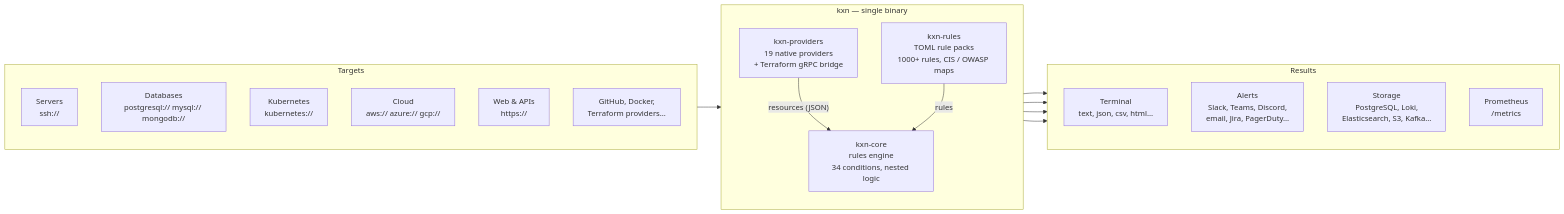
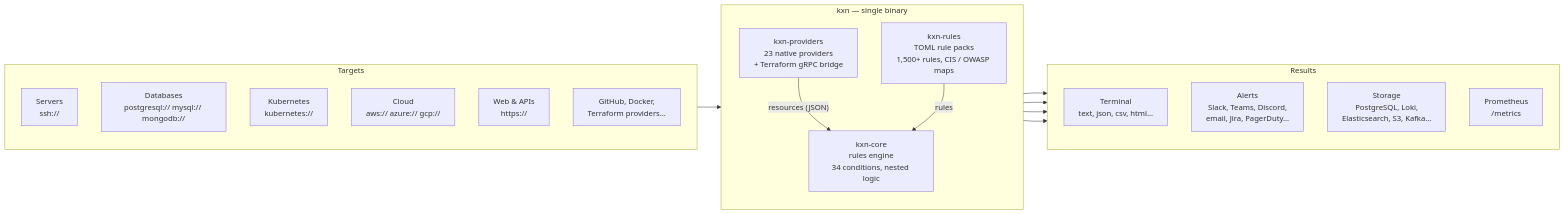
One commit to kexa-io/kxn changed the first of 2 diagrams in docs/architecture.md. Above: the diagram before and after it, drawn with Mermaid. The commit also changed 19 other files, not shown here.

````diff
--- a/docs/architecture.md
+++ b/docs/architecture.md
@@ -8,35 +8,35 @@
 ```mermaid
 flowchart LR
     subgraph targets["Targets"]
         direction TB
         T1["Servers<br/>ssh://"]
         T2["Databases<br/>postgresql:// mysql:// mongodb://"]
         T3["Kubernetes<br/>kubernetes://"]
         T4["Cloud<br/>aws:// azure:// gcp://"]
         T5["Web & APIs<br/>https://"]
         T6["GitHub, Docker,<br/>Terraform providers…"]
     end
 
     subgraph kxn["kxn — single binary"]
         direction TB
-        P["kxn-providers<br/>19 native providers<br/>+ Terraform gRPC bridge"]
-        R["kxn-rules<br/>TOML rule packs<br/>1000+ rules, CIS / OWASP maps"]
+        P["kxn-providers<br/>23 native providers<br/>+ Terraform gRPC bridge"]
+        R["kxn-rules<br/>TOML rule packs<br/>1,500+ rules, CIS / OWASP maps"]
         C["kxn-core<br/>rules engine<br/>34 conditions, nested logic"]
         P -- "resources (JSON)" --> C
         R -- "rules" --> C
     end
 
     subgraph out["Results"]
         direction TB
         O1["Terminal<br/>text, json, csv, html…"]
         O2["Alerts<br/>Slack, Teams, Discord,<br/>email, Jira, PagerDuty…"]
         O3["Storage<br/>PostgreSQL, Loki,<br/>Elasticsearch, S3, Kafka…"]
         O4["Prometheus<br/>/metrics"]
     end
 
     targets --> P
     C --> O1
     C --> O2
     C --> O3
     C --> O4
 ```
````
